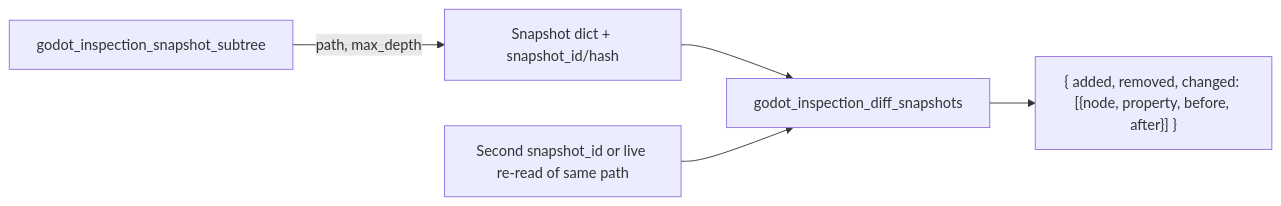
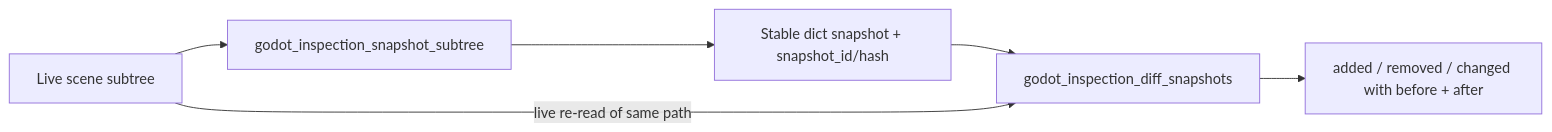
Before and after one commit to hybridindie/wiki-fabric: the diagram in wiki/topics/godot-inspection-tools.md, drawn with Mermaid. The commit also changed other lines of this file and 43 other files, not shown here.

````diff
--- a/wiki/topics/godot-inspection-tools.md
+++ b/wiki/topics/godot-inspection-tools.md
@@ -28,7 +30,8 @@
 ```mermaid
 flowchart LR
-    A[godot_inspection_snapshot_subtree] -->|path, max_depth| B[Snapshot dict + snapshot_id/hash]
-    B --> C[godot_inspection_diff_snapshots]
-    D[Second snapshot_id or live re-read of same path] --> C
-    C --> E["{ added, removed, changed: [{node, property, before, after}] }"]
+    A["Live scene subtree"] --> B["godot_inspection_snapshot_subtree"]
+    B --> C["Stable dict snapshot + snapshot_id/hash"]
+    C --> D["godot_inspection_diff_snapshots"]
+    A -->|"live re-read of same path"| D
+    D --> E["added / removed / changed with before + after"]
 ```
````
